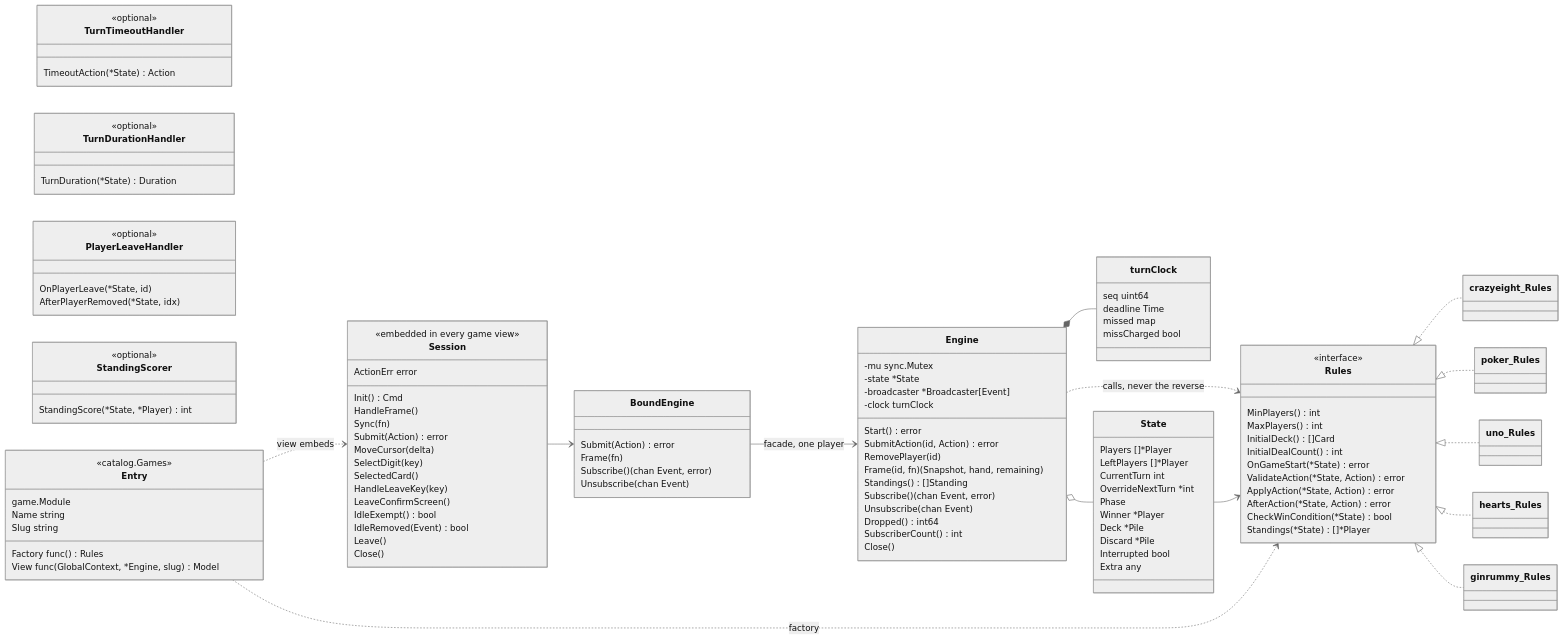
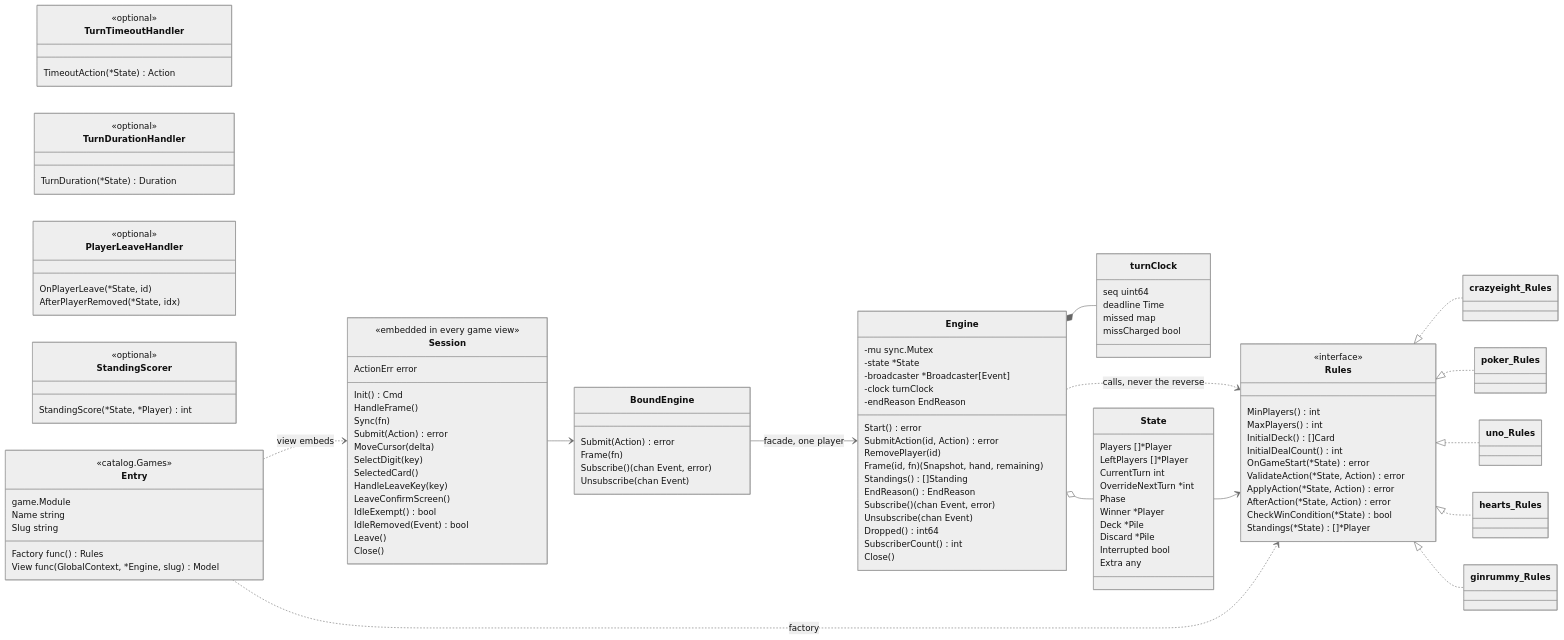
The tenth of 11 diagrams in docs/codebase-map.md (Pieczasz/tty-cards), drawn with Mermaid (neutral theme) before and after one commit. The commit also changed other lines of this file and 13 other files, not shown here.

```diff
--- a/docs/codebase-map.md
+++ b/docs/codebase-map.md
@@ -382,11 +382,13 @@
         -state *State
         -broadcaster *Broadcaster[Event]
         -clock turnClock
+        -endReason EndReason
         Start() error
         SubmitAction(id, Action) error
         RemovePlayer(id)
         Frame(id, fn) (Snapshot, hand, remaining)
         Standings() []Standing
+        EndReason() EndReason
         Subscribe() (chan Event, error)
         Unsubscribe(chan Event)
         Dropped() int64
```
